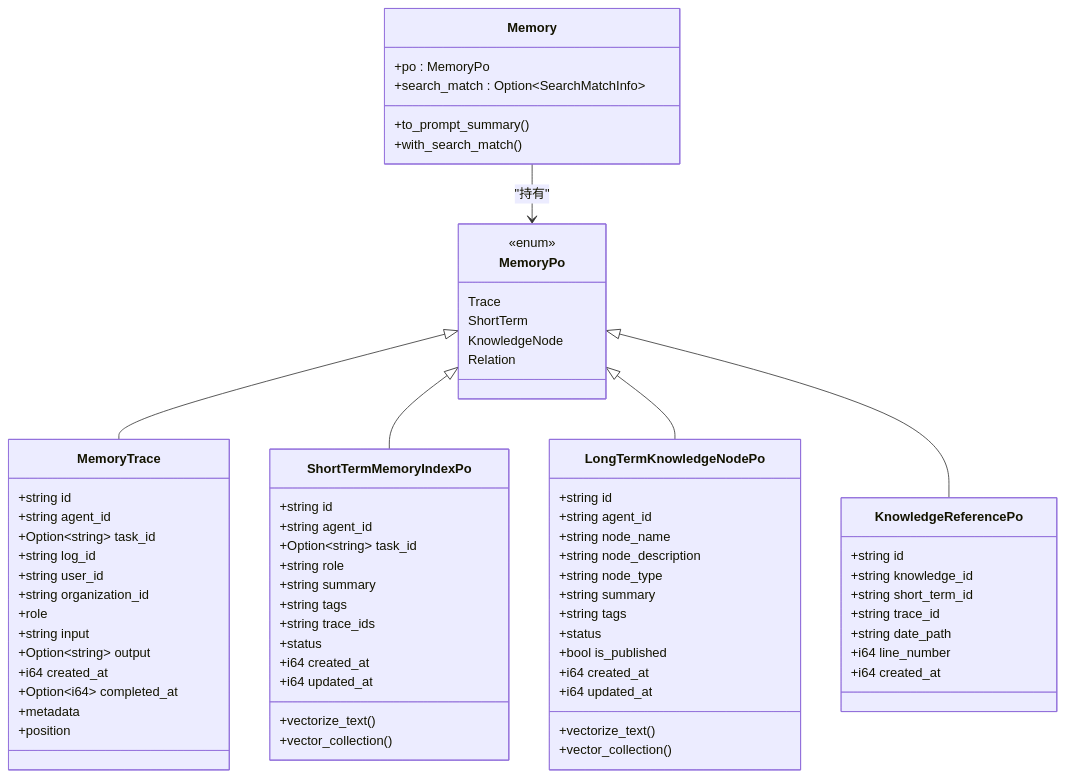
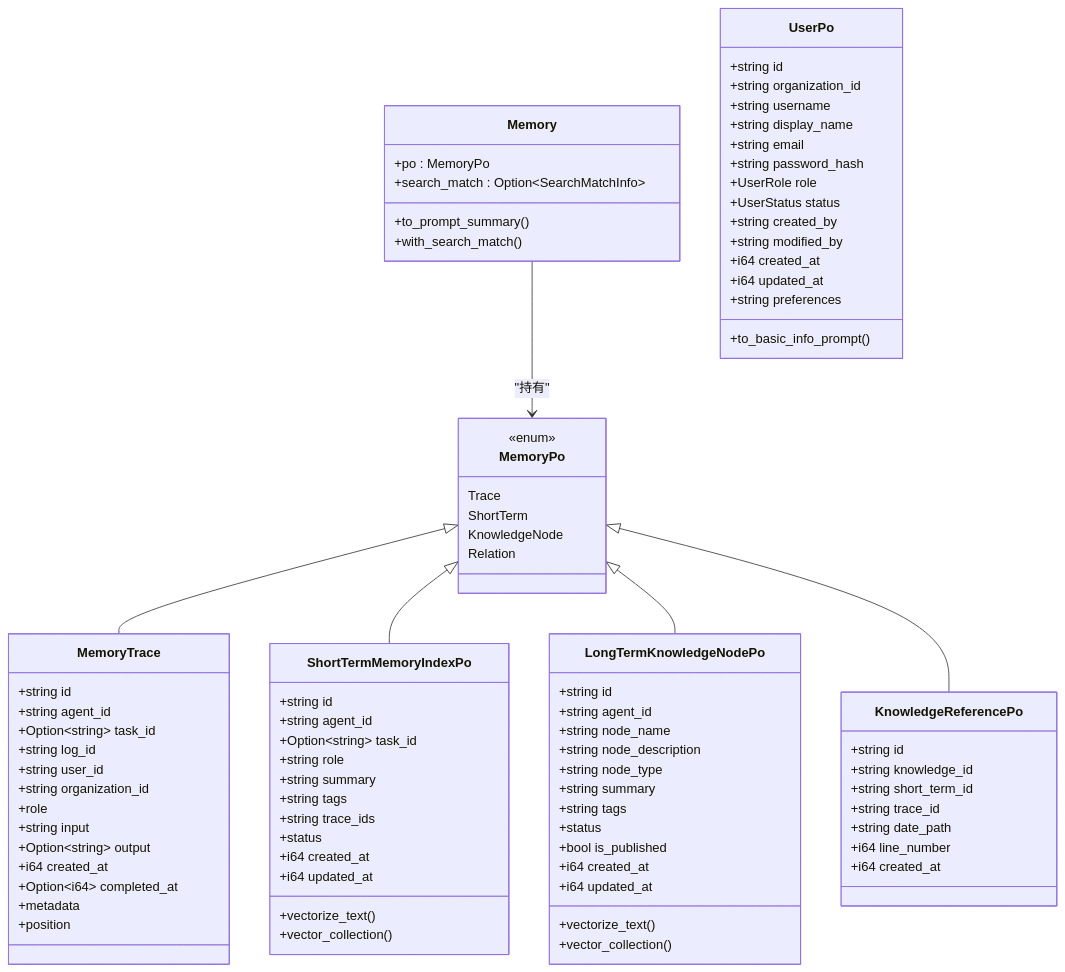
The third of 6 diagrams in .qoder/repowiki/zh/content/架构设计/记忆系统架构.md (runningcoders/ai_orz), drawn with Mermaid before and after one commit. The commit also changed other lines of this file and 5 other files, not shown here.

```diff
--- a/.qoder/repowiki/zh/content/架构设计/记忆系统架构.md
+++ b/.qoder/repowiki/zh/content/架构设计/记忆系统架构.md
@@ -227,6 +258,22 @@
 KnowledgeNode
 Relation
 }
+class UserPo {
++string id
++string organization_id
++string username
++string display_name
++string email
++string password_hash
++UserRole role
++UserStatus status
++string created_by
++string modified_by
++i64 created_at
++i64 updated_at
++string preferences
++to_basic_info_prompt()
+}
 Memory --> MemoryPo : "持有"
 MemoryPo <|-- MemoryTrace
 MemoryPo <|-- ShortTermMemoryIndexPo
```
